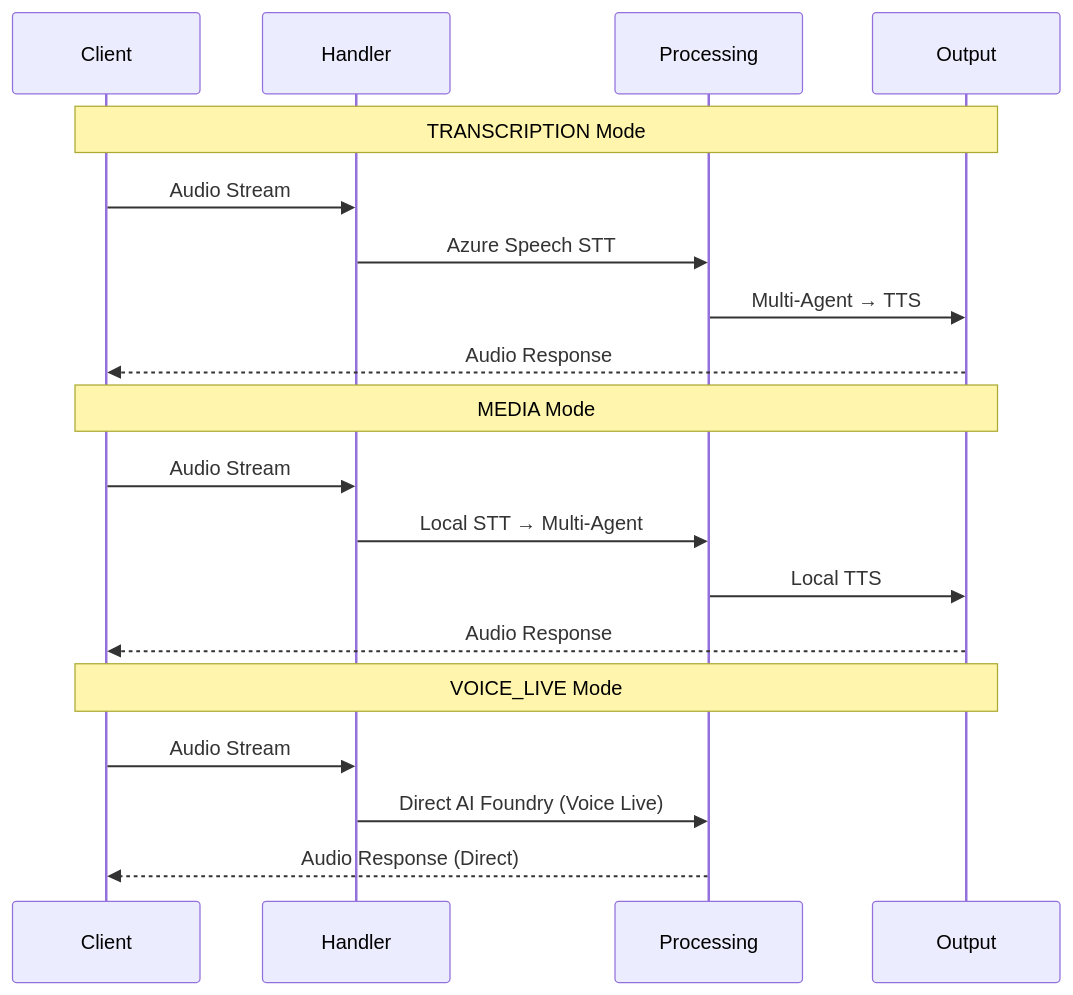
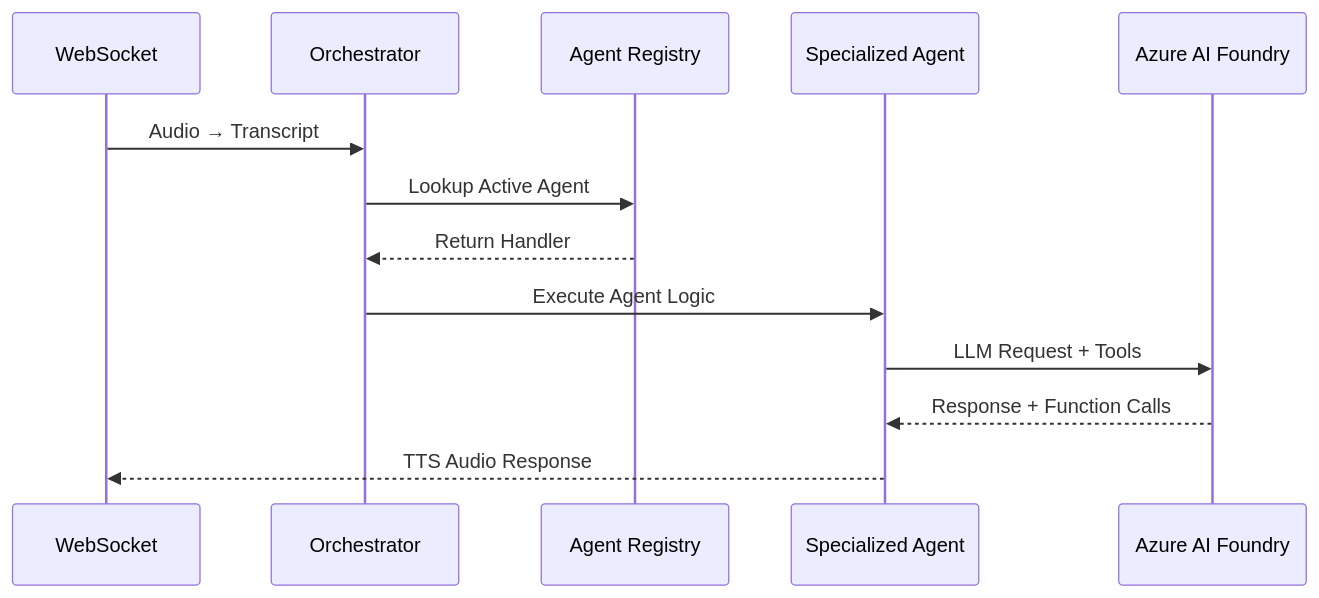
Before and after one commit to glavman/art-voice-agent-accelerator: the diagram in docs/architecture/llm-orchestration.md, drawn with Mermaid. The commit also changed other lines of this file and 7 other files, not shown here.

First line of the commit message:
Enhance documentation and architecture for ACS and LLM integration

````diff
--- a/docs/architecture/llm-orchestration.md
+++ b/docs/architecture/llm-orchestration.md
@@ -84,24 +209,16 @@
 ```mermaid
 sequenceDiagram
-    participant C as Client
-    participant H as Handler
-    participant P as Processing
-    participant O as Output
+    participant WS as WebSocket
+    participant Orch as Orchestrator
+    participant Reg as Agent Registry
+    participant Agent as Specialized Agent
+    participant AI as Azure AI Foundry
     
-    Note over C,O: TRANSCRIPTION Mode
-    C->>H: Audio Stream
-    H->>P: Azure Speech STT
-    P->>O: Multi-Agent → TTS
-    O-->>C: Audio Response
-    
-    Note over C,O: MEDIA Mode  
-    C->>H: Audio Stream
-    H->>P: Local STT → Multi-Agent
-    P->>O: Local TTS
-    O-->>C: Audio Response
-    
-    Note over C,O: VOICE_LIVE Mode
-    C->>H: Audio Stream
-    H->>P: Direct AI Foundry (Voice Live)
-    P-->>C: Audio Response (Direct)
+    WS->>Orch: Audio → Transcript
+    Orch->>Reg: Lookup Active Agent
+    Reg-->>Orch: Return Handler
+    Orch->>Agent: Execute Agent Logic
+    Agent->>AI: LLM Request + Tools
+    AI-->>Agent: Response + Function Calls
+    Agent-->>WS: TTS Audio Response
 ```
````
